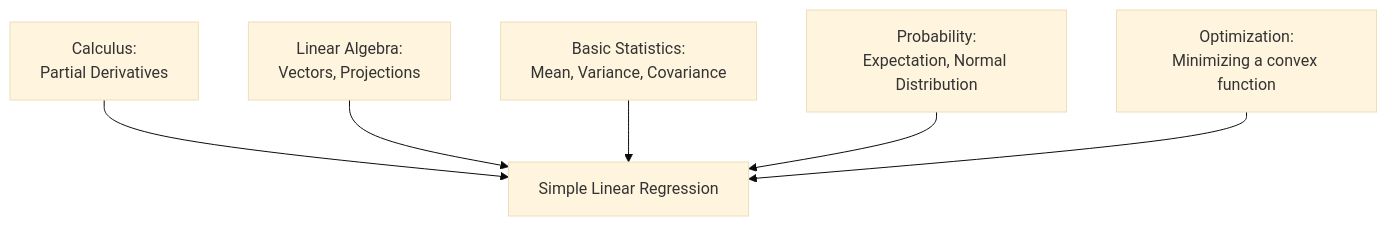
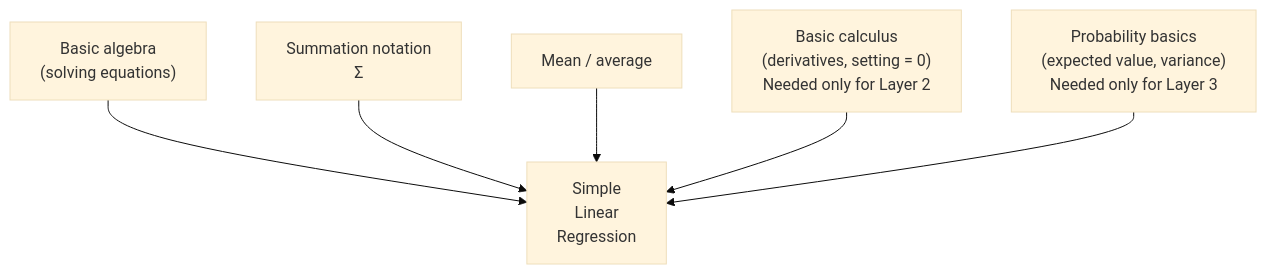
Before and after one commit to Alok8138/Machine-Learning: the third of 4 diagrams in supervised_ML/01_Linear_Regression/01_Simple_Linear_Regression.md, drawn with Mermaid (base theme). The commit also changed other lines of this file, not shown here.

````diff
--- a/supervised_ML/01_Linear_Regression/01_Simple_Linear_Regression.md
+++ b/supervised_ML/01_Linear_Regression/01_Simple_Linear_Regression.md
@@ -913,8 +900,9 @@
 ```mermaid
 flowchart TD
-    A[Calculus:\nPartial Derivatives] --> SLR[Simple Linear Regression]
-    B[Linear Algebra:\nVectors, Projections] --> SLR
-    C[Basic Statistics:\nMean, Variance, Covariance] --> SLR
-    D[Probability:\nExpectation, Normal Distribution] --> SLR
-    E[Optimization:\nMinimizing a convex function] --> SLR
+    A["Basic algebra\n(solving equations)"] --> SLR
+    B["Summation notation\nΣ"] --> SLR
+    C["Mean / average"] --> SLR
+    D["Basic calculus\n(derivatives, setting = 0)\nNeeded only for Layer 2"] --> SLR
+    E["Probability basics\n(expected value, variance)\nNeeded only for Layer 3"] --> SLR
+    SLR["Simple\nLinear\nRegression"]
 ```
````
